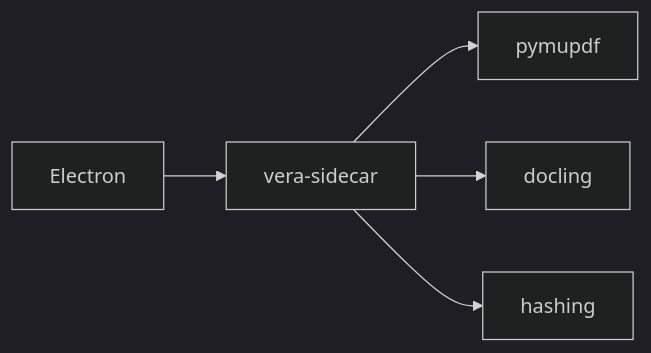
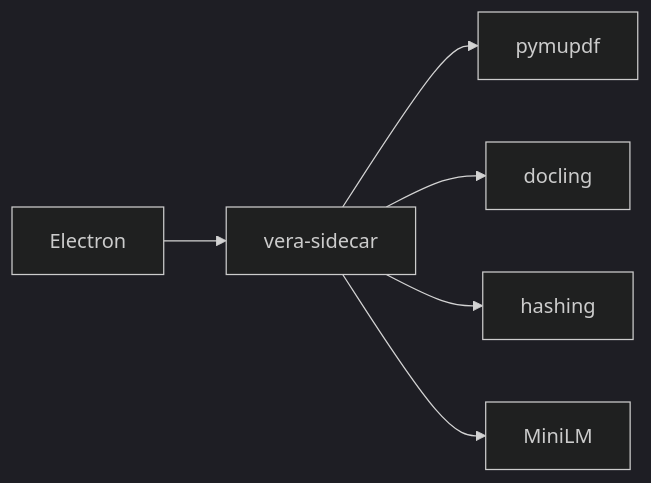
One commit to dkylewillis/vera changed the diagram in docs/desktop-app-architecture.md. Above: the diagram before and after it, drawn with Mermaid (dark theme). The commit also changed other lines of this file and 14 other files, not shown here.

````diff
--- a/docs/desktop-app-architecture.md
+++ b/docs/desktop-app-architecture.md
@@ -85,7 +85,8 @@
 ```mermaid
 flowchart LR
   Electron --> sidecar["vera-sidecar"]
   sidecar --> pymupdf
   sidecar --> docling
   sidecar --> hashing
+  sidecar --> minilm["MiniLM"]
 ```
````
